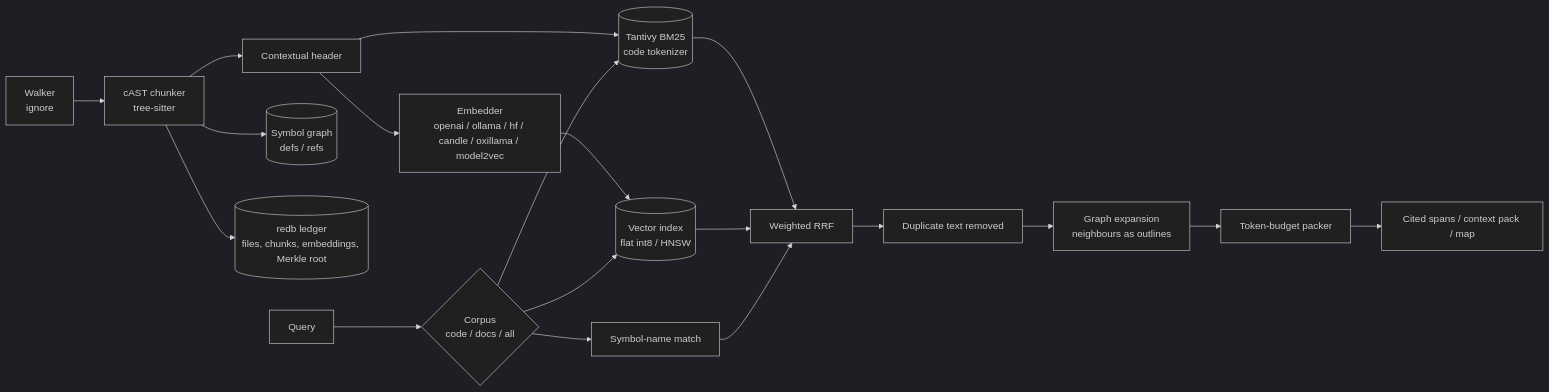
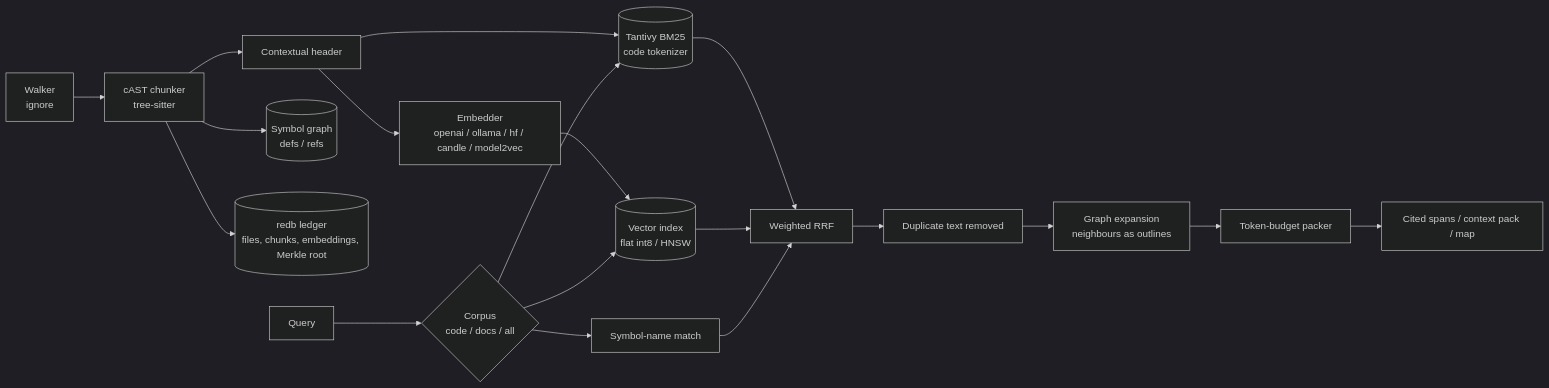
The diagram in docs/ARCHITECTURE.md (yasuomaidana/dendrite-rag-rs), drawn with Mermaid (dark theme) before and after one commit. The commit also changed other lines of this file and 30 other files, not shown here.

First line of the commit message:
[DRAG-129] Remove oxillama embedder backend (BUSL relicense); candle covers it (#8)

````diff
--- a/docs/ARCHITECTURE.md
+++ b/docs/ARCHITECTURE.md
@@ -17,17 +17,17 @@
 ```mermaid
 flowchart LR
     W[Walker<br/>ignore] --> C[cAST chunker<br/>tree-sitter]
     C --> H[Contextual header]
     H --> L[(Tantivy BM25<br/>code tokenizer)]
-    H --> E[Embedder<br/>openai / ollama / hf / candle / oxillama / model2vec]
+    H --> E[Embedder<br/>openai / ollama / hf / candle / model2vec]
     E --> V[(Vector index<br/>flat int8 / HNSW)]
     C --> G[(Symbol graph<br/>defs / refs)]
     C --> R[(redb ledger<br/>files, chunks, embeddings, Merkle root)]
     Q[Query] --> K{Corpus<br/>code / docs / all}
     K --> L & V & S[Symbol-name match]
     L & V & S --> F[Weighted RRF]
     F --> D[Duplicate text removed]
     D --> X[Graph expansion<br/>neighbours as outlines]
     X --> P[Token-budget packer]
     P --> O[Cited spans / context pack / map]
 ```
````
